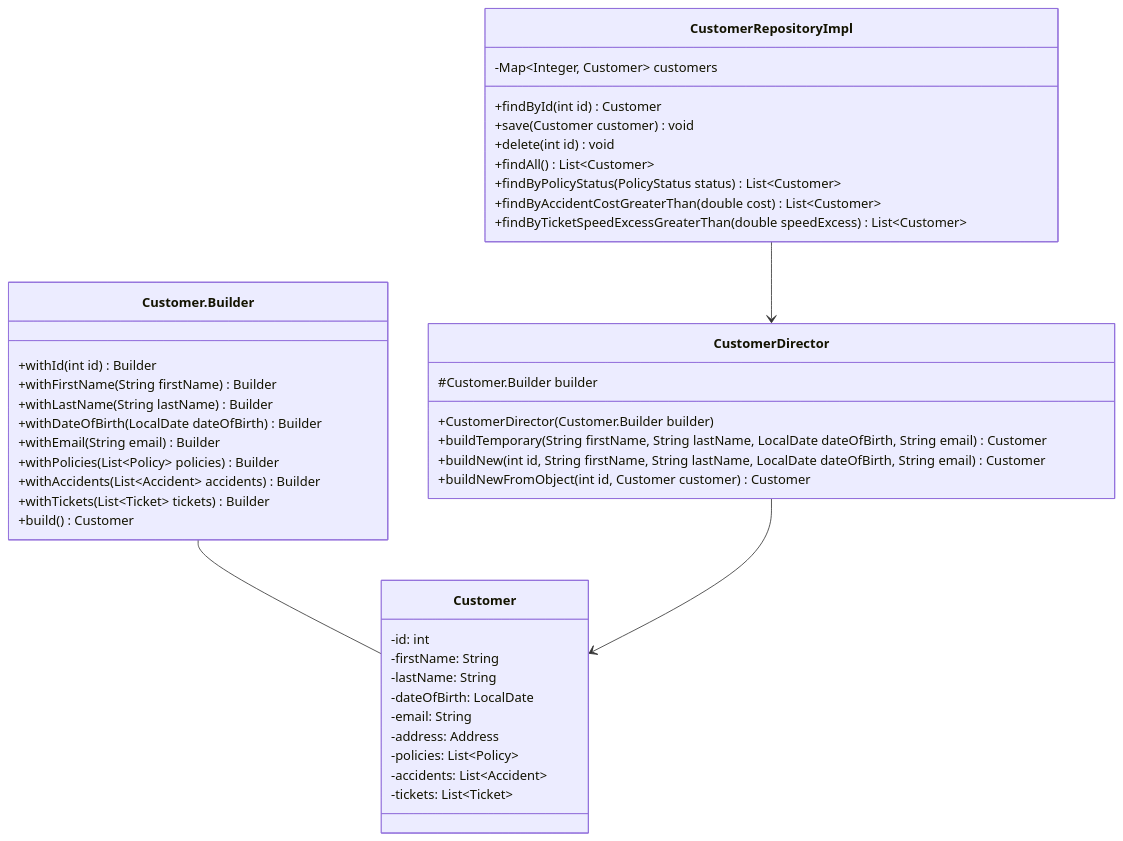
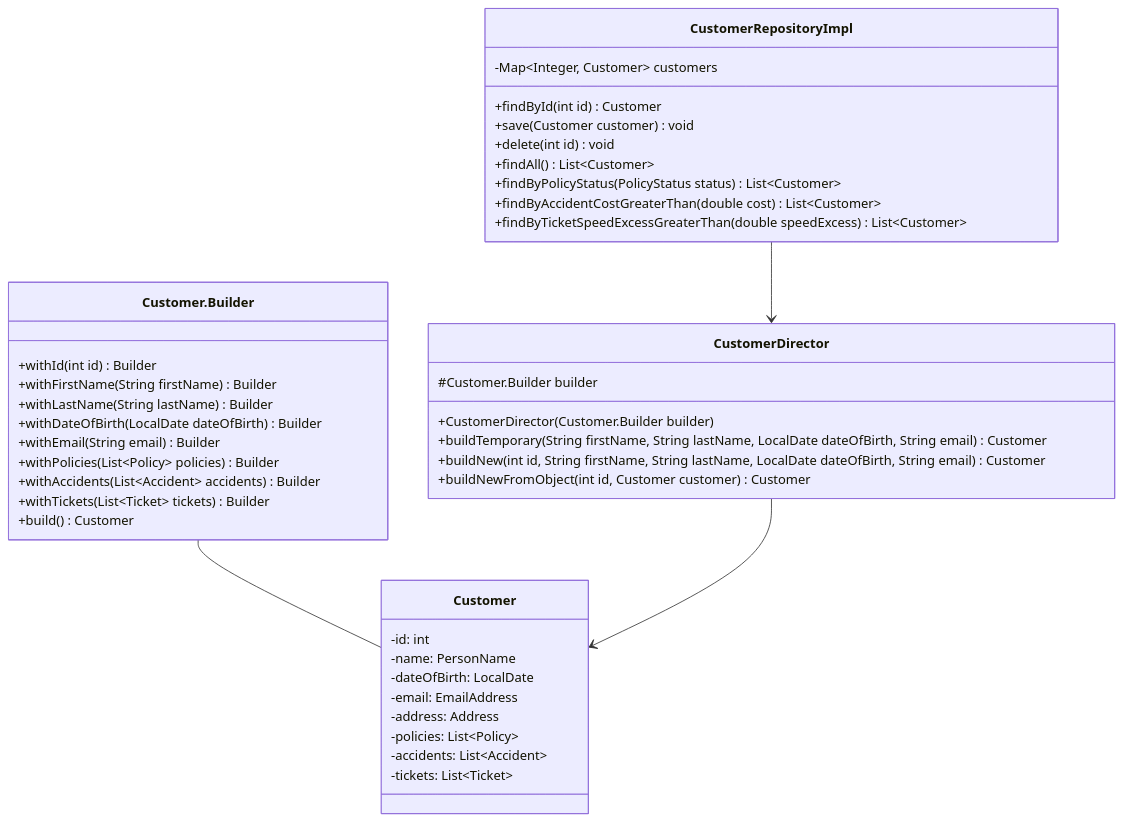
One commit to SirSimon04/clean-car-insurance changed diagram 26 of 26 in Programmentwurf.md. Above: the diagram before and after it, drawn with Mermaid. The commit also changed other lines of this file and 2 other files, not shown here.

````diff
--- a/Programmentwurf.md
+++ b/Programmentwurf.md
@@ -1351,49 +1351,48 @@
 ```mermaid
 classDiagram    
     class Customer {
-      -id: int 
-      -firstName: String 
-      -lastName: String
-      -dateOfBirth: LocalDate
-      -email: String
-      -address: Address
-      -policies: List~Policy~
-      -accidents: List~Accident~
-      -tickets: List~Ticket~       
+        -id: int 
+        -name: PersonName   
+        -dateOfBirth: LocalDate
+        -email: EmailAddress
+        -address: Address
+        -policies: List~Policy~
+        -accidents: List~Accident~
+        -tickets: List~Ticket~      
     }
 
     class Customer.Builder {
         +withId(int id) Builder
         +withFirstName(String firstName) Builder
         +withLastName(String lastName) Builder
         +withDateOfBirth(LocalDate dateOfBirth) Builder
         +withEmail(String email) Builder
         +withPolicies(List~Policy~ policies) Builder
         +withAccidents(List~Accident~ accidents) Builder
         +withTickets(List~Ticket~ tickets) Builder
         +build() Customer
     }
 
     class CustomerDirector {
         #Customer.Builder builder
         +CustomerDirector(Customer.Builder builder)
         +buildTemporary(String firstName, String lastName, LocalDate dateOfBirth, String email) Customer
         +buildNew(int id, String firstName, String lastName, LocalDate dateOfBirth, String email) Customer
         +buildNewFromObject(int id, Customer customer) Customer
     }
 
     class CustomerRepositoryImpl {
         -Map~Integer, Customer~ customers
         +findById(int id) Customer
         +save(Customer customer) void  
         +delete(int id) void
         +findAll() List~Customer~
         +findByPolicyStatus(PolicyStatus status) List~Customer~
         +findByAccidentCostGreaterThan(double cost) List~Customer~
         +findByTicketSpeedExcessGreaterThan(double speedExcess) List~Customer~
     }
 
     Customer.Builder -- Customer
     CustomerDirector --> Customer
     CustomerRepositoryImpl --> CustomerDirector
 ```
````
